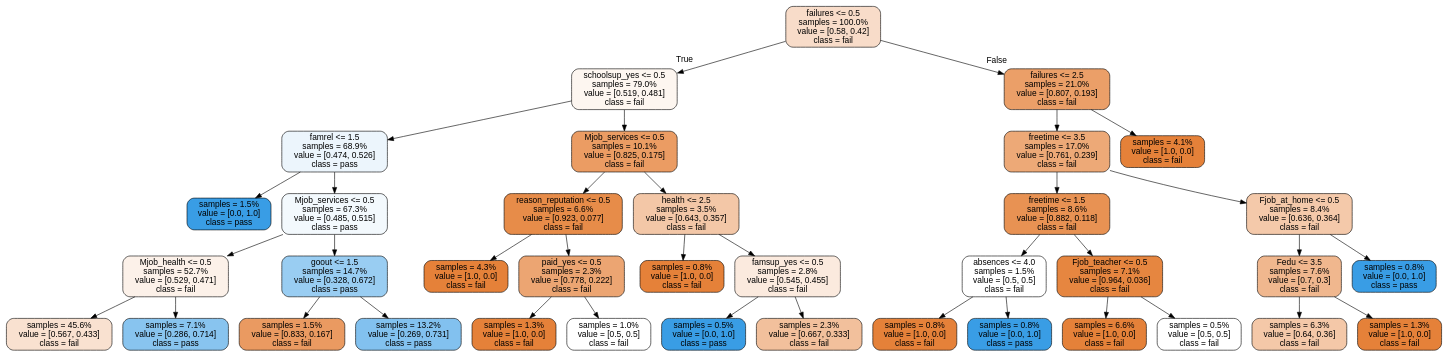
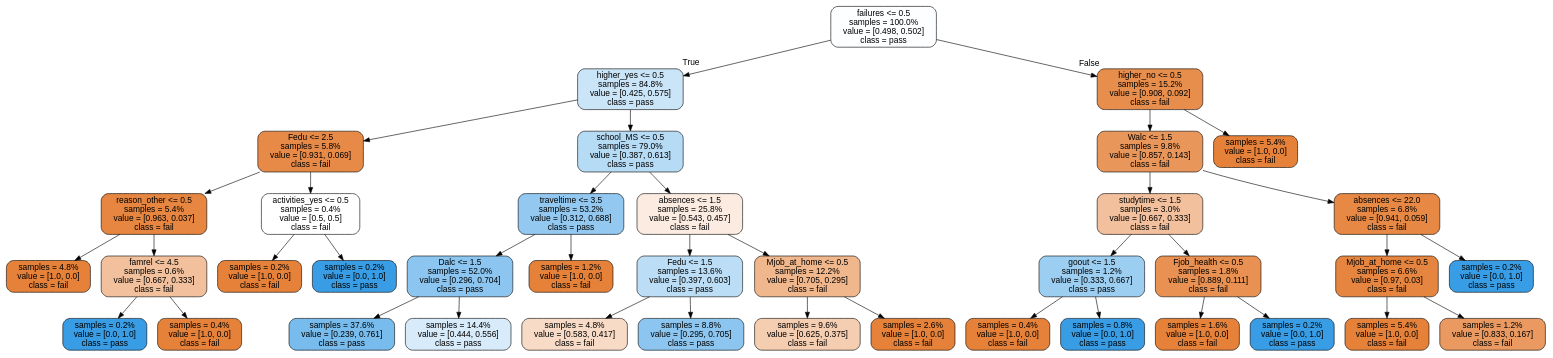
One commit to Jordanadopo/StudentPerformanceAPI changed the diagram in research/student-performance.dot. Above: the diagram before and after it, drawn with Graphviz. The commit also changed 5 other files, not shown here.

```diff
--- a/research/student-performance.dot
+++ b/research/student-performance.dot
@@ -1,77 +1,81 @@
 digraph Tree {
 node [shape=box, style="filled, rounded", color="black", fontname="helvetica"] ;
 edge [fontname="helvetica"] ;
-0 [label="failures <= 0.5\nsamples = 100.0%\nvalue = [0.58, 0.42]\nclass = fail", fillcolor="#f8dcc9"] ;
-1 [label="schoolsup_yes <= 0.5\nsamples = 79.0%\nvalue = [0.519, 0.481]\nclass = fail", fillcolor="#fdf6f0"] ;
+0 [label="failures <= 0.5\nsamples = 100.0%\nvalue = [0.498, 0.502]\nclass = pass", fillcolor="#fdfeff"] ;
+1 [label="higher_yes <= 0.5\nsamples = 84.8%\nvalue = [0.425, 0.575]\nclass = pass", fillcolor="#cbe5f8"] ;
 0 -> 1 [labeldistance=2.5, labelangle=45, headlabel="True"] ;
-2 [label="famrel <= 1.5\nsamples = 68.9%\nvalue = [0.474, 0.526]\nclass = pass", fillcolor="#ecf5fc"] ;
+2 [label="Fedu <= 2.5\nsamples = 5.8%\nvalue = [0.931, 0.069]\nclass = fail", fillcolor="#e78a48"] ;
 1 -> 2 ;
-3 [label="samples = 1.5%\nvalue = [0.0, 1.0]\nclass = pass", fillcolor="#399de5"] ;
+3 [label="reason_other <= 0.5\nsamples = 5.4%\nvalue = [0.963, 0.037]\nclass = fail", fillcolor="#e68641"] ;
 2 -> 3 ;
-4 [label="Mjob_services <= 0.5\nsamples = 67.3%\nvalue = [0.485, 0.515]\nclass = pass", fillcolor="#f3f9fd"] ;
-2 -> 4 ;
-5 [label="Mjob_health <= 0.5\nsamples = 52.7%\nvalue = [0.529, 0.471]\nclass = fail", fillcolor="#fcf1e9"] ;
-4 -> 5 ;
-6 [label="samples = 45.6%\nvalue = [0.567, 0.433]\nclass = fail", fillcolor="#f9e1d0"] ;
+4 [label="samples = 4.8%\nvalue = [1.0, 0.0]\nclass = fail", fillcolor="#e58139"] ;
+3 -> 4 ;
+5 [label="famrel <= 4.5\nsamples = 0.6%\nvalue = [0.667, 0.333]\nclass = fail", fillcolor="#f2c09c"] ;
+3 -> 5 ;
+6 [label="samples = 0.2%\nvalue = [0.0, 1.0]\nclass = pass", fillcolor="#399de5"] ;
 5 -> 6 ;
-7 [label="samples = 7.1%\nvalue = [0.286, 0.714]\nclass = pass", fillcolor="#88c4ef"] ;
+7 [label="samples = 0.4%\nvalue = [1.0, 0.0]\nclass = fail", fillcolor="#e58139"] ;
 5 -> 7 ;
-8 [label="goout <= 1.5\nsamples = 14.7%\nvalue = [0.328, 0.672]\nclass = pass", fillcolor="#99cdf2"] ;
-4 -> 8 ;
-9 [label="samples = 1.5%\nvalue = [0.833, 0.167]\nclass = fail", fillcolor="#ea9a61"] ;
+8 [label="activities_yes <= 0.5\nsamples = 0.4%\nvalue = [0.5, 0.5]\nclass = fail", fillcolor="#ffffff"] ;
+2 -> 8 ;
+9 [label="samples = 0.2%\nvalue = [1.0, 0.0]\nclass = fail", fillcolor="#e58139"] ;
 8 -> 9 ;
-10 [label="samples = 13.2%\nvalue = [0.269, 0.731]\nclass = pass", fillcolor="#82c1ef"] ;
+10 [label="samples = 0.2%\nvalue = [0.0, 1.0]\nclass = pass", fillcolor="#399de5"] ;
 8 -> 10 ;
-11 [label="Mjob_services <= 0.5\nsamples = 10.1%\nvalue = [0.825, 0.175]\nclass = fail", fillcolor="#eb9c63"] ;
+11 [label="school_MS <= 0.5\nsamples = 79.0%\nvalue = [0.387, 0.613]\nclass = pass", fillcolor="#b6dbf5"] ;
 1 -> 11 ;
-12 [label="reason_reputation <= 0.5\nsamples = 6.6%\nvalue = [0.923, 0.077]\nclass = fail", fillcolor="#e78c49"] ;
+12 [label="traveltime <= 3.5\nsamples = 53.2%\nvalue = [0.312, 0.688]\nclass = pass", fillcolor="#93c9f1"] ;
 11 -> 12 ;
-13 [label="samples = 4.3%\nvalue = [1.0, 0.0]\nclass = fail", fillcolor="#e58139"] ;
+13 [label="Dalc <= 1.5\nsamples = 52.0%\nvalue = [0.296, 0.704]\nclass = pass", fillcolor="#8cc6f0"] ;
 12 -> 13 ;
-14 [label="paid_yes <= 0.5\nsamples = 2.3%\nvalue = [0.778, 0.222]\nclass = fail", fillcolor="#eca572"] ;
-12 -> 14 ;
-15 [label="samples = 1.3%\nvalue = [1.0, 0.0]\nclass = fail", fillcolor="#e58139"] ;
-14 -> 15 ;
-16 [label="samples = 1.0%\nvalue = [0.5, 0.5]\nclass = fail", fillcolor="#ffffff"] ;
-14 -> 16 ;
-17 [label="health <= 2.5\nsamples = 3.5%\nvalue = [0.643, 0.357]\nclass = fail", fillcolor="#f3c7a7"] ;
+14 [label="samples = 37.6%\nvalue = [0.239, 0.761]\nclass = pass", fillcolor="#77bced"] ;
+13 -> 14 ;
+15 [label="samples = 14.4%\nvalue = [0.444, 0.556]\nclass = pass", fillcolor="#d7ebfa"] ;
+13 -> 15 ;
+16 [label="samples = 1.2%\nvalue = [1.0, 0.0]\nclass = fail", fillcolor="#e58139"] ;
+12 -> 16 ;
+17 [label="absences <= 1.5\nsamples = 25.8%\nvalue = [0.543, 0.457]\nclass = fail", fillcolor="#fbebe0"] ;
 11 -> 17 ;
-18 [label="samples = 0.8%\nvalue = [1.0, 0.0]\nclass = fail", fillcolor="#e58139"] ;
+18 [label="Fedu <= 1.5\nsamples = 13.6%\nvalue = [0.397, 0.603]\nclass = pass", fillcolor="#bbdef6"] ;
 17 -> 18 ;
-19 [label="famsup_yes <= 0.5\nsamples = 2.8%\nvalue = [0.545, 0.455]\nclass = fail", fillcolor="#fbeade"] ;
-17 -> 19 ;
-20 [label="samples = 0.5%\nvalue = [0.0, 1.0]\nclass = pass", fillcolor="#399de5"] ;
-19 -> 20 ;
-21 [label="samples = 2.3%\nvalue = [0.667, 0.333]\nclass = fail", fillcolor="#f2c09c"] ;
-19 -> 21 ;
-22 [label="failures <= 2.5\nsamples = 21.0%\nvalue = [0.807, 0.193]\nclass = fail", fillcolor="#eb9f68"] ;
-0 -> 22 [labeldistance=2.5, labelangle=-45, headlabel="False"] ;
-23 [label="freetime <= 3.5\nsamples = 17.0%\nvalue = [0.761, 0.239]\nclass = fail", fillcolor="#eda977"] ;
-22 -> 23 ;
-24 [label="freetime <= 1.5\nsamples = 8.6%\nvalue = [0.882, 0.118]\nclass = fail", fillcolor="#e89253"] ;
-23 -> 24 ;
-25 [label="absences <= 4.0\nsamples = 1.5%\nvalue = [0.5, 0.5]\nclass = fail", fillcolor="#ffffff"] ;
+19 [label="samples = 4.8%\nvalue = [0.583, 0.417]\nclass = fail", fillcolor="#f8dbc6"] ;
+18 -> 19 ;
+20 [label="samples = 8.8%\nvalue = [0.295, 0.705]\nclass = pass", fillcolor="#8cc6f0"] ;
+18 -> 20 ;
+21 [label="Mjob_at_home <= 0.5\nsamples = 12.2%\nvalue = [0.705, 0.295]\nclass = fail", fillcolor="#f0b68c"] ;
+17 -> 21 ;
+22 [label="samples = 9.6%\nvalue = [0.625, 0.375]\nclass = fail", fillcolor="#f5cdb0"] ;
+21 -> 22 ;
+23 [label="samples = 2.6%\nvalue = [1.0, 0.0]\nclass = fail", fillcolor="#e58139"] ;
+21 -> 23 ;
+24 [label="higher_no <= 0.5\nsamples = 15.2%\nvalue = [0.908, 0.092]\nclass = fail", fillcolor="#e88e4d"] ;
+0 -> 24 [labeldistance=2.5, labelangle=-45, headlabel="False"] ;
+25 [label="Walc <= 1.5\nsamples = 9.8%\nvalue = [0.857, 0.143]\nclass = fail", fillcolor="#e9965a"] ;
 24 -> 25 ;
-26 [label="samples = 0.8%\nvalue = [1.0, 0.0]\nclass = fail", fillcolor="#e58139"] ;
+26 [label="studytime <= 1.5\nsamples = 3.0%\nvalue = [0.667, 0.333]\nclass = fail", fillcolor="#f2c09c"] ;
 25 -> 26 ;
-27 [label="samples = 0.8%\nvalue = [0.0, 1.0]\nclass = pass", fillcolor="#399de5"] ;
-25 -> 27 ;
-28 [label="Fjob_teacher <= 0.5\nsamples = 7.1%\nvalue = [0.964, 0.036]\nclass = fail", fillcolor="#e68640"] ;
-24 -> 28 ;
-29 [label="samples = 6.6%\nvalue = [1.0, 0.0]\nclass = fail", fillcolor="#e58139"] ;
-28 -> 29 ;
-30 [label="samples = 0.5%\nvalue = [0.5, 0.5]\nclass = fail", fillcolor="#ffffff"] ;
-28 -> 30 ;
-31 [label="Fjob_at_home <= 0.5\nsamples = 8.4%\nvalue = [0.636, 0.364]\nclass = fail", fillcolor="#f4c9aa"] ;
-23 -> 31 ;
-32 [label="Fedu <= 3.5\nsamples = 7.6%\nvalue = [0.7, 0.3]\nclass = fail", fillcolor="#f0b78e"] ;
-31 -> 32 ;
-33 [label="samples = 6.3%\nvalue = [0.64, 0.36]\nclass = fail", fillcolor="#f4c8a8"] ;
-32 -> 33 ;
-34 [label="samples = 1.3%\nvalue = [1.0, 0.0]\nclass = fail", fillcolor="#e58139"] ;
-32 -> 34 ;
-35 [label="samples = 0.8%\nvalue = [0.0, 1.0]\nclass = pass", fillcolor="#399de5"] ;
-31 -> 35 ;
-36 [label="samples = 4.1%\nvalue = [1.0, 0.0]\nclass = fail", fillcolor="#e58139"] ;
-22 -> 36 ;
+27 [label="goout <= 1.5\nsamples = 1.2%\nvalue = [0.333, 0.667]\nclass = pass", fillcolor="#9ccef2"] ;
+26 -> 27 ;
+28 [label="samples = 0.4%\nvalue = [1.0, 0.0]\nclass = fail", fillcolor="#e58139"] ;
+27 -> 28 ;
+29 [label="samples = 0.8%\nvalue = [0.0, 1.0]\nclass = pass", fillcolor="#399de5"] ;
+27 -> 29 ;
+30 [label="Fjob_health <= 0.5\nsamples = 1.8%\nvalue = [0.889, 0.111]\nclass = fail", fillcolor="#e89152"] ;
+26 -> 30 ;
+31 [label="samples = 1.6%\nvalue = [1.0, 0.0]\nclass = fail", fillcolor="#e58139"] ;
+30 -> 31 ;
+32 [label="samples = 0.2%\nvalue = [0.0, 1.0]\nclass = pass", fillcolor="#399de5"] ;
+30 -> 32 ;
+33 [label="absences <= 22.0\nsamples = 6.8%\nvalue = [0.941, 0.059]\nclass = fail", fillcolor="#e78945"] ;
+25 -> 33 ;
+34 [label="Mjob_at_home <= 0.5\nsamples = 6.6%\nvalue = [0.97, 0.03]\nclass = fail", fillcolor="#e6853f"] ;
+33 -> 34 ;
+35 [label="samples = 5.4%\nvalue = [1.0, 0.0]\nclass = fail", fillcolor="#e58139"] ;
+34 -> 35 ;
+36 [label="samples = 1.2%\nvalue = [0.833, 0.167]\nclass = fail", fillcolor="#ea9a61"] ;
+34 -> 36 ;
+37 [label="samples = 0.2%\nvalue = [0.0, 1.0]\nclass = pass", fillcolor="#399de5"] ;
+33 -> 37 ;
+38 [label="samples = 5.4%\nvalue = [1.0, 0.0]\nclass = fail", fillcolor="#e58139"] ;
+24 -> 38 ;
 }
```
